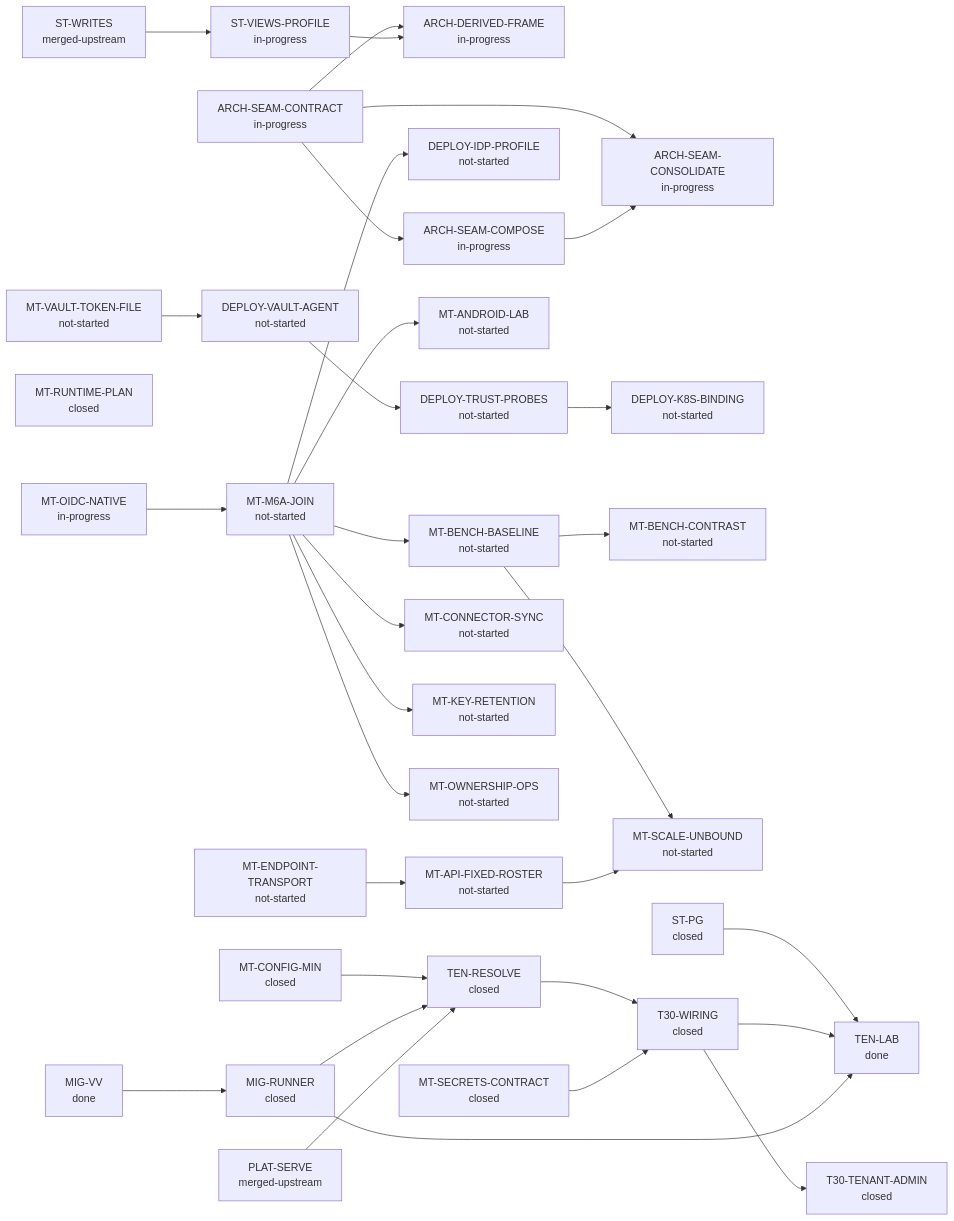
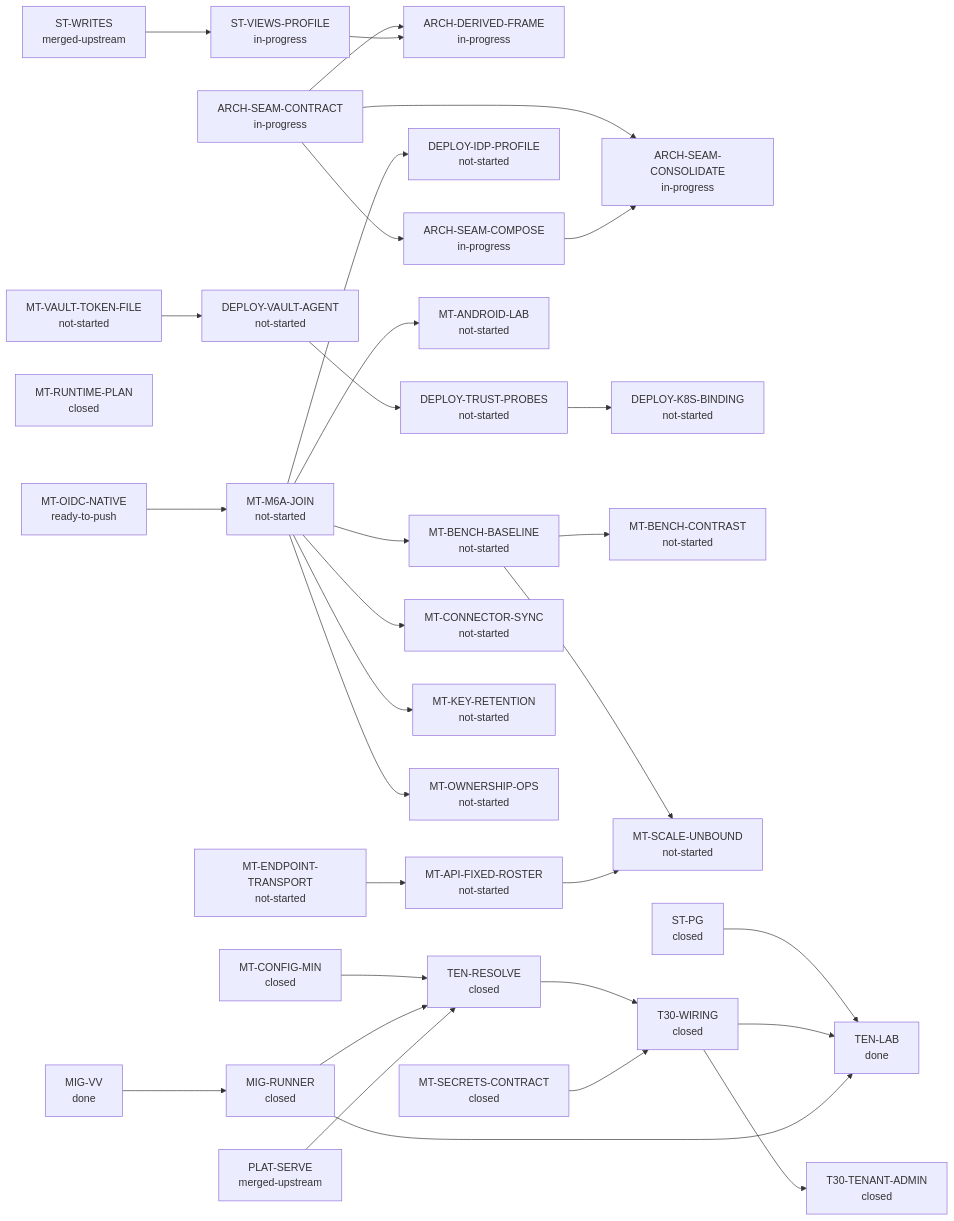
The second of 2 diagrams in docs/30-design/tenancy/multitenant-delivery-dashboard.md (bewest/rag-nightscout-ecosystem-alignment), drawn with Mermaid before and after one commit. The commit also changed other lines of this file and 8 other files, not shown here.

First line of the commit message:
Record the owner/OIDC nine-stage native run: MT-OIDC-NATIVE gate runnable and controlled, dashboard slice, release update

````diff
--- a/docs/30-design/tenancy/multitenant-delivery-dashboard.md
+++ b/docs/30-design/tenancy/multitenant-delivery-dashboard.md
@@ -82,66 +82,66 @@
 ```mermaid
 flowchart LR
   ARCH-DERIVED-FRAME["ARCH-DERIVED-FRAME<br/>in-progress"]
   ARCH-SEAM-COMPOSE["ARCH-SEAM-COMPOSE<br/>in-progress"]
   ARCH-SEAM-CONSOLIDATE["ARCH-SEAM-CONSOLIDATE<br/>in-progress"]
   ARCH-SEAM-CONTRACT["ARCH-SEAM-CONTRACT<br/>in-progress"]
   DEPLOY-IDP-PROFILE["DEPLOY-IDP-PROFILE<br/>not-started"]
   DEPLOY-K8S-BINDING["DEPLOY-K8S-BINDING<br/>not-started"]
   DEPLOY-TRUST-PROBES["DEPLOY-TRUST-PROBES<br/>not-started"]
   DEPLOY-VAULT-AGENT["DEPLOY-VAULT-AGENT<br/>not-started"]
   MIG-RUNNER["MIG-RUNNER<br/>closed"]
   MIG-VV["MIG-VV<br/>done"]
   MT-ANDROID-LAB["MT-ANDROID-LAB<br/>not-started"]
   MT-API-FIXED-ROSTER["MT-API-FIXED-ROSTER<br/>not-started"]
   MT-BENCH-BASELINE["MT-BENCH-BASELINE<br/>not-started"]
   MT-BENCH-CONTRAST["MT-BENCH-CONTRAST<br/>not-started"]
   MT-CONFIG-MIN["MT-CONFIG-MIN<br/>closed"]
   MT-CONNECTOR-SYNC["MT-CONNECTOR-SYNC<br/>not-started"]
   MT-ENDPOINT-TRANSPORT["MT-ENDPOINT-TRANSPORT<br/>not-started"]
   MT-KEY-RETENTION["MT-KEY-RETENTION<br/>not-started"]
   MT-M6A-JOIN["MT-M6A-JOIN<br/>not-started"]
-  MT-OIDC-NATIVE["MT-OIDC-NATIVE<br/>in-progress"]
+  MT-OIDC-NATIVE["MT-OIDC-NATIVE<br/>ready-to-push"]
   MT-OWNERSHIP-OPS["MT-OWNERSHIP-OPS<br/>not-started"]
   MT-RUNTIME-PLAN["MT-RUNTIME-PLAN<br/>closed"]
   MT-SCALE-UNBOUND["MT-SCALE-UNBOUND<br/>not-started"]
   MT-SECRETS-CONTRACT["MT-SECRETS-CONTRACT<br/>closed"]
   MT-VAULT-TOKEN-FILE["MT-VAULT-TOKEN-FILE<br/>not-started"]
   PLAT-SERVE["PLAT-SERVE<br/>merged-upstream"]
   ST-PG["ST-PG<br/>closed"]
   ST-VIEWS-PROFILE["ST-VIEWS-PROFILE<br/>in-progress"]
   ST-WRITES["ST-WRITES<br/>merged-upstream"]
   T30-TENANT-ADMIN["T30-TENANT-ADMIN<br/>closed"]
   T30-WIRING["T30-WIRING<br/>closed"]
   TEN-LAB["TEN-LAB<br/>done"]
   TEN-RESOLVE["TEN-RESOLVE<br/>closed"]
   ARCH-SEAM-CONTRACT --> ARCH-DERIVED-FRAME
   ST-VIEWS-PROFILE --> ARCH-DERIVED-FRAME
   ARCH-SEAM-CONTRACT --> ARCH-SEAM-COMPOSE
   ARCH-SEAM-CONTRACT --> ARCH-SEAM-CONSOLIDATE
   ARCH-SEAM-COMPOSE --> ARCH-SEAM-CONSOLIDATE
   MT-M6A-JOIN --> DEPLOY-IDP-PROFILE
   DEPLOY-TRUST-PROBES --> DEPLOY-K8S-BINDING
   DEPLOY-VAULT-AGENT --> DEPLOY-TRUST-PROBES
   MT-VAULT-TOKEN-FILE --> DEPLOY-VAULT-AGENT
   MIG-VV --> MIG-RUNNER
   MT-M6A-JOIN --> MT-ANDROID-LAB
   MT-ENDPOINT-TRANSPORT --> MT-API-FIXED-ROSTER
   MT-M6A-JOIN --> MT-BENCH-BASELINE
   MT-BENCH-BASELINE --> MT-BENCH-CONTRAST
   MT-M6A-JOIN --> MT-CONNECTOR-SYNC
   MT-M6A-JOIN --> MT-KEY-RETENTION
   MT-OIDC-NATIVE --> MT-M6A-JOIN
   MT-M6A-JOIN --> MT-OWNERSHIP-OPS
   MT-BENCH-BASELINE --> MT-SCALE-UNBOUND
   MT-API-FIXED-ROSTER --> MT-SCALE-UNBOUND
   ST-WRITES --> ST-VIEWS-PROFILE
   T30-WIRING --> T30-TENANT-ADMIN
   TEN-RESOLVE --> T30-WIRING
   MT-SECRETS-CONTRACT --> T30-WIRING
   ST-PG --> TEN-LAB
   T30-WIRING --> TEN-LAB
   MIG-RUNNER --> TEN-LAB
   MT-CONFIG-MIN --> TEN-RESOLVE
   MIG-RUNNER --> TEN-RESOLVE
   PLAT-SERVE --> TEN-RESOLVE
 ```
````
